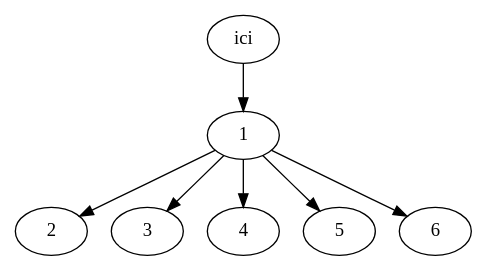
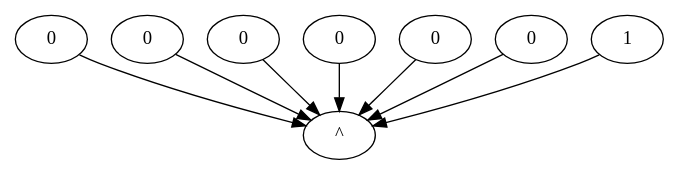
The diagram in temporary0.dot (adamsekkat1/projetInfo), drawn with Graphviz before and after one commit. The commit also changed 7 other files, not shown here.

```diff
--- a/temporary0.dot
+++ b/temporary0.dot
@@ -1,15 +1,17 @@
 digraph G{
-   0 [label="ici",input=false,output=false];
-   1[input=false,output=false];
-   2[input=false,output=false];
-   3[input=false,output=false];
-   4[input=false,output=false];
-   5[input=false,output=false];
-   6[input=false,output=false];
-   0->1;
-   1->2;
-   1->3;
-   1->4;
-   1->5;
-   1->6;
+   0 [label="^",input=false,output=false];
+   1 [label="0",input=false,output=false];
+   2 [label="0",input=false,output=false];
+   3 [label="0",input=false,output=false];
+   4 [label="0",input=false,output=false];
+   5 [label="0",input=false,output=false];
+   6 [label="0",input=false,output=false];
+   7 [label="1",input=false,output=false];
+   1->0;
+   2->0;
+   3->0;
+   4->0;
+   5->0;
+   6->0;
+   7->0;
 }
```
